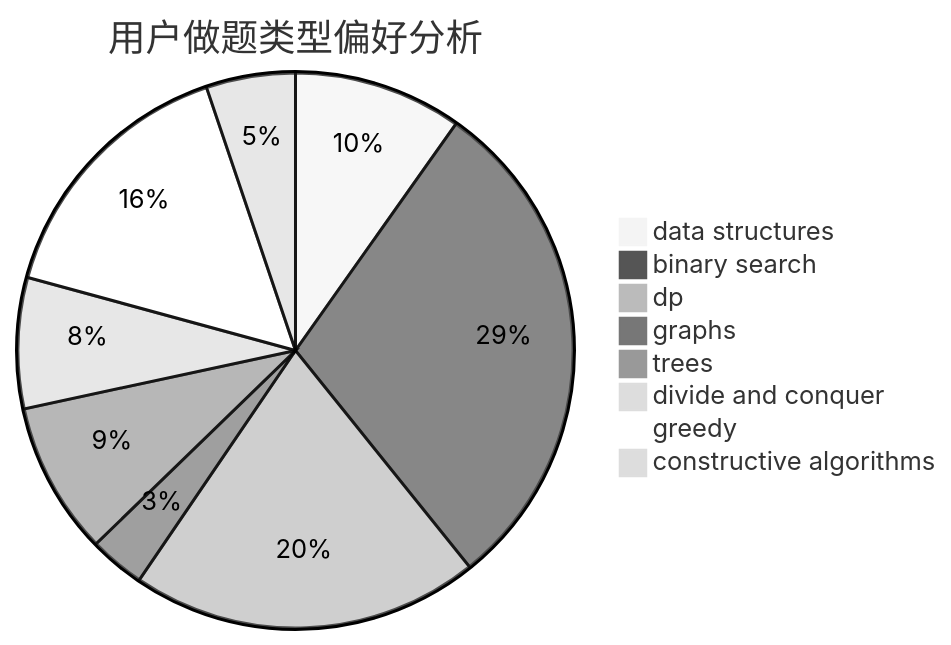
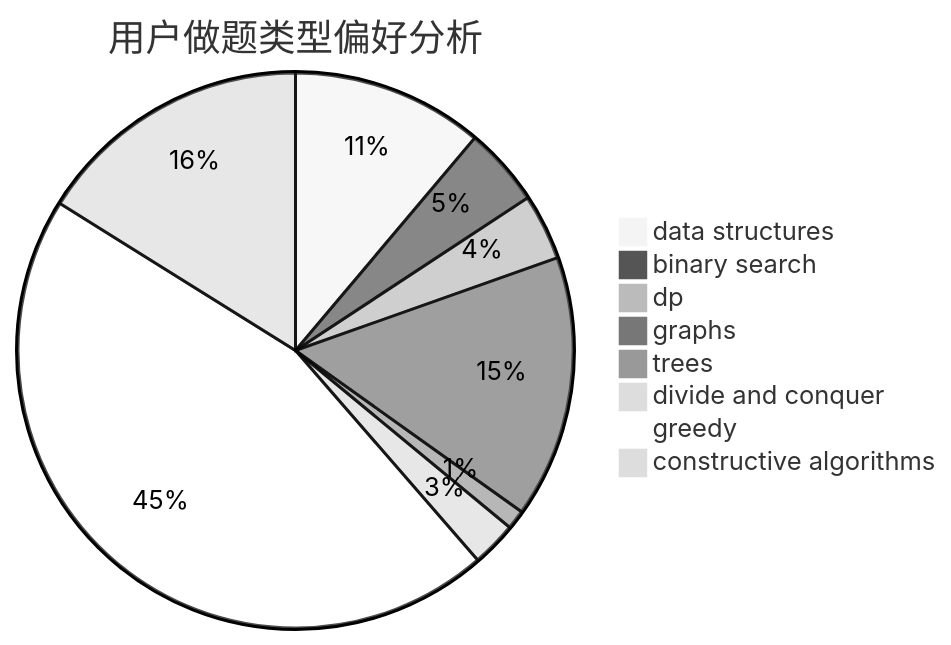
One commit to sherpahu/cfrs.github.io changed the second of 3 diagrams in docs/user/u67.md. Above: the diagram before and after it, drawn with Mermaid (neutral theme). The commit also changed other lines of this file and 2770 other files, not shown here.

````diff
--- a/docs/user/u67.md
+++ b/docs/user/u67.md
@@ -23,11 +23,11 @@
 ```mermaid
 pie title 用户做题类型偏好分析
-    "data structures" :  85
-    "binary search" :  255
-    "dp" :  176
-    "graphs" :  28
-    "trees" :  77
-    "divide and conquer" :  66
-    "greedy" :  135
-    "constructive algorithms" :  45
+    "data structures" :  119
+    "binary search" :  49
+    "dp" :  41
+    "graphs" :  163
+    "trees" :  12
+    "divide and conquer" :  28
+    "greedy" :  483
+    "constructive algorithms" :  172
 ```
````
